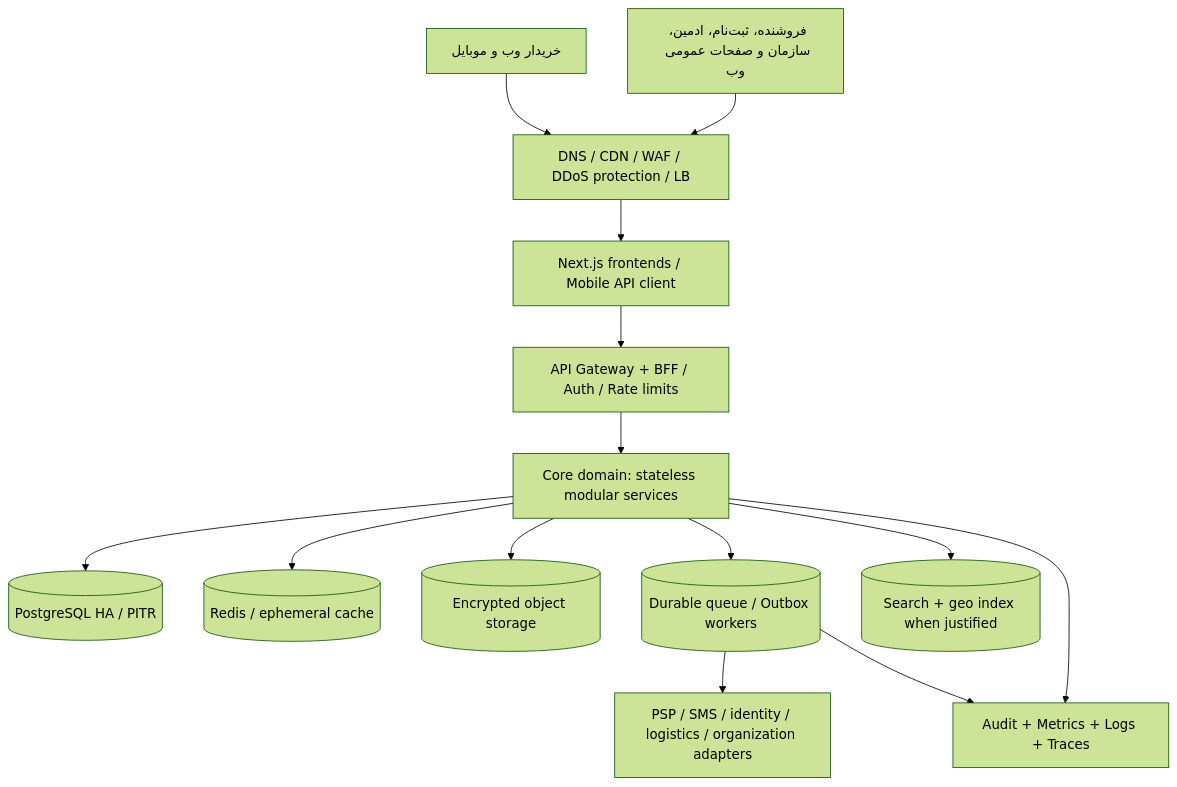
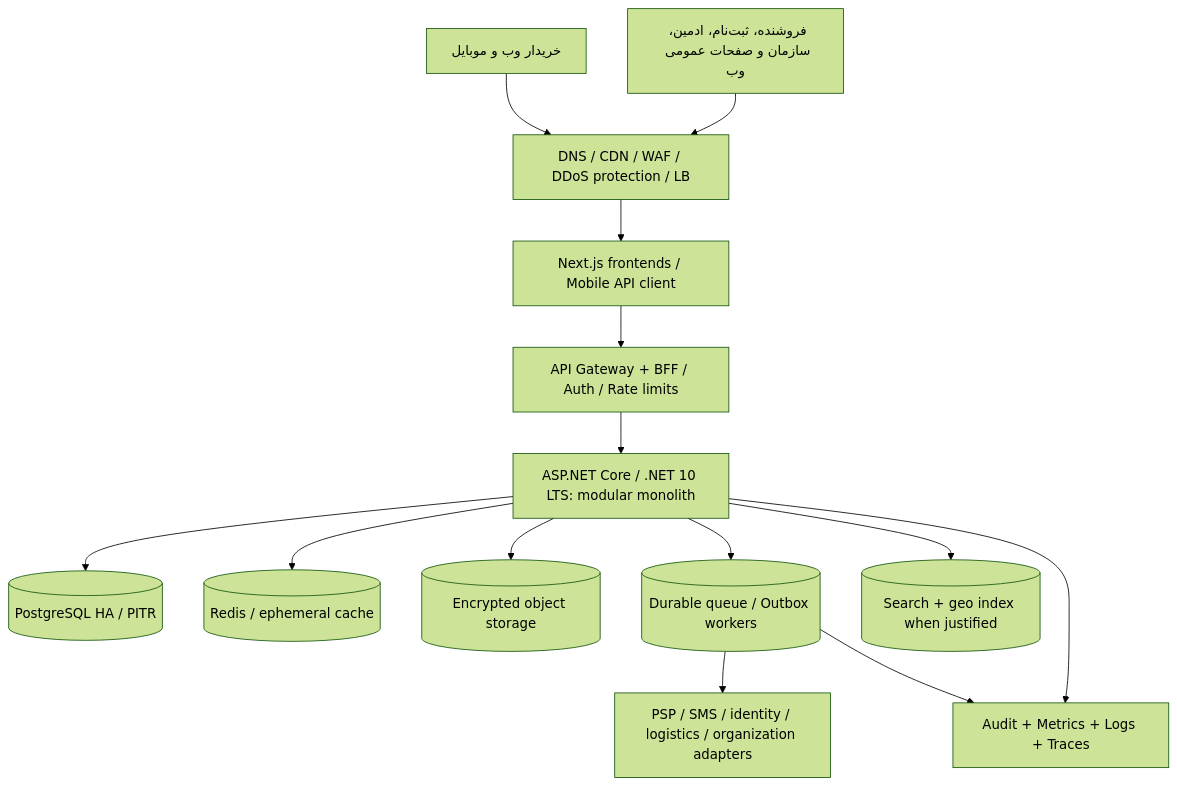
Before and after one commit to mahdimarzooghi4-debug/henna: the diagram in docs/architecture/HANA-FULL-PRODUCT-NATIONAL-ARCHITECTURE-v1.0.md, drawn with Mermaid (forest theme). The commit also changed other lines of this file, not shown here.

Commit message:
docs: align architecture and README with ASP.NET Core backend ADR-045

````diff
--- a/docs/architecture/HANA-FULL-PRODUCT-NATIONAL-ARCHITECTURE-v1.0.md
+++ b/docs/architecture/HANA-FULL-PRODUCT-NATIONAL-ARCHITECTURE-v1.0.md
@@ -34,16 +34,16 @@
 ```mermaid
 flowchart TD
   C[خریدار وب و موبایل] --> EDGE[DNS / CDN / WAF / DDoS protection / LB]
   W[فروشنده، ثبت‌نام، ادمین، سازمان و صفحات عمومی وب] --> EDGE
   EDGE --> FRONT[Next.js frontends / Mobile API client]
   FRONT --> G[API Gateway + BFF / Auth / Rate limits]
-  G --> CORE[Core domain: stateless modular services]
+  G --> CORE[ASP.NET Core / .NET 10 LTS: modular monolith]
   CORE --> PG[(PostgreSQL HA / PITR)]
   CORE --> RED[(Redis / ephemeral cache)]
   CORE --> STORE[(Encrypted object storage)]
   CORE --> BUS[(Durable queue / Outbox workers)]
   BUS --> EX[PSP / SMS / identity / logistics / organization adapters]
   CORE --> SEARCH[(Search + geo index when justified)]
   CORE --> OBS[Audit + Metrics + Logs + Traces]
   BUS --> OBS
 ```
````
